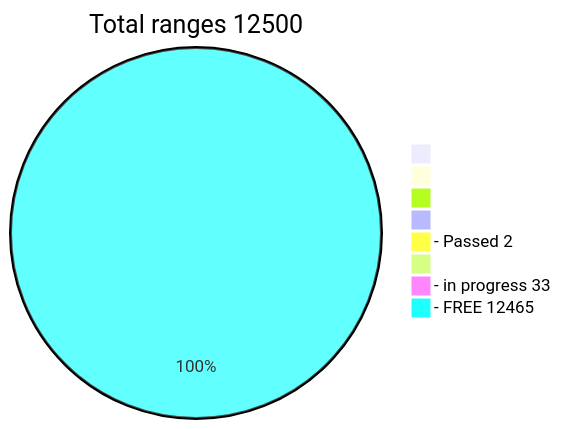
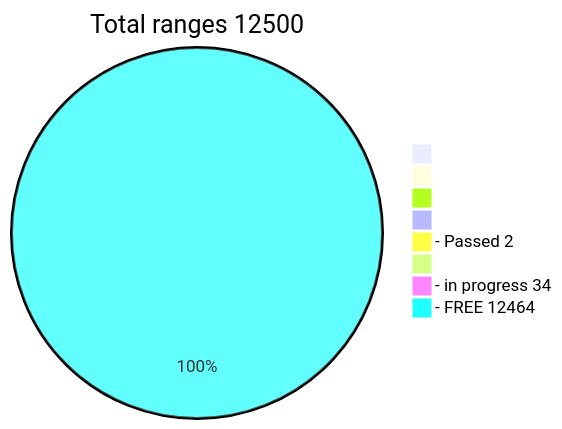
Before and after one commit to phrutis/Passphrases: the diagram in README.md, drawn with Mermaid.

````diff
--- a/README.md
+++ b/README.md
@@ -3,12 +3,12 @@
 ```mermaid
 pie title Total ranges 12500
              " " : 0
             "  " : 0
            "   " : 0
           "    " : 0
   "- Passed 2" : 2
          "     " : 0
-  "- in progress 33" : 33
-   "- FREE 12465" : 12465
+  "- in progress 34" : 34
+   "- FREE 12464" : 12465
    
 ```
````
